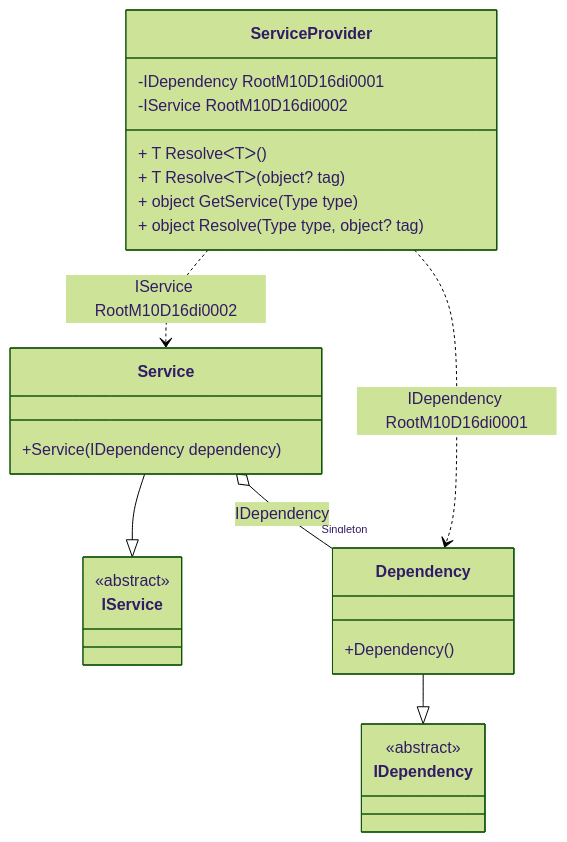
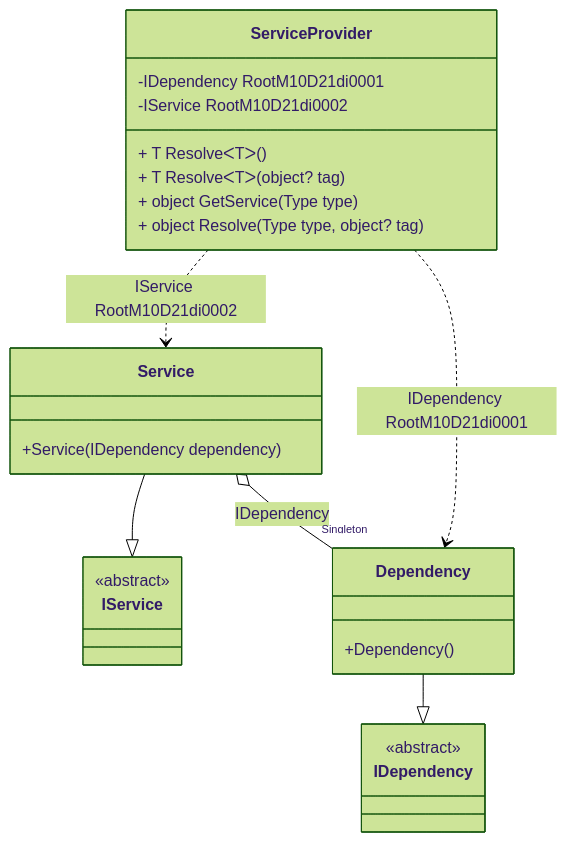
Before and after one commit to DevTeam/Pure.DI: the diagram in readme/service-provider.md, drawn with Mermaid (forest theme). The commit also changed other lines of this file and 67 other files, not shown here.

````diff
--- a/readme/service-provider.md
+++ b/readme/service-provider.md
@@ -49,28 +49,28 @@
 ```mermaid
 classDiagram
   class ServiceProvider {
-    -IDependency RootM10D16di0001
-    -IService RootM10D16di0002
+    -IDependency RootM10D21di0001
+    -IService RootM10D21di0002
     + T ResolveᐸTᐳ()
     + T ResolveᐸTᐳ(object? tag)
     + object GetService(Type type)
     + object Resolve(Type type, object? tag)
   }
   Service --|> IService : 
   class Service {
     +Service(IDependency dependency)
   }
   Dependency --|> IDependency : 
   class Dependency {
     +Dependency()
   }
   class IService {
     <<abstract>>
   }
   class IDependency {
     <<abstract>>
   }
   Service o--  "Singleton" Dependency : IDependency
-  ServiceProvider ..> Dependency : IDependency RootM10D16di0001
-  ServiceProvider ..> Service : IService RootM10D16di0002
+  ServiceProvider ..> Dependency : IDependency RootM10D21di0001
+  ServiceProvider ..> Service : IService RootM10D21di0002
 ```
````
